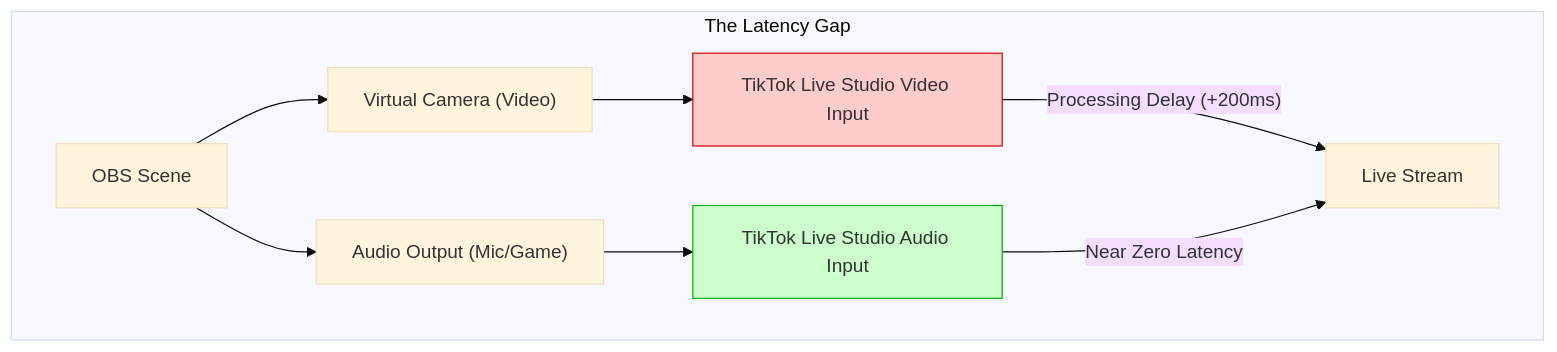
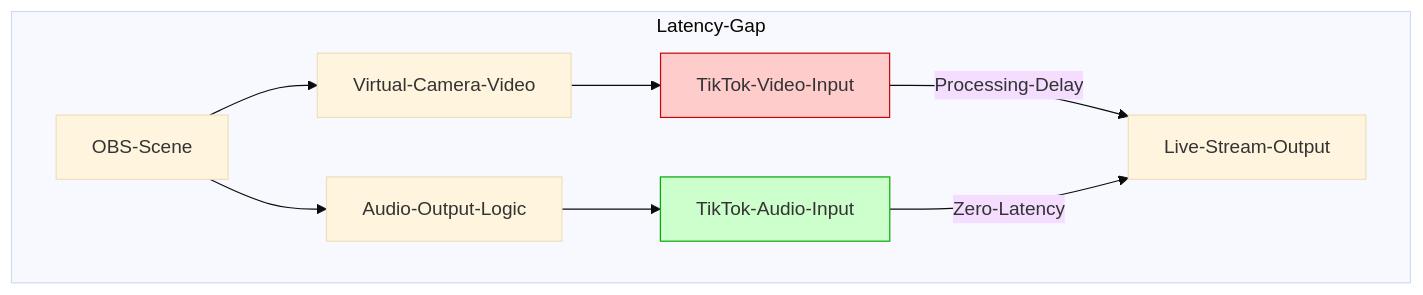
Before and after one commit to littl3-boat/ttwise: the diagram in data/blog/obs-audio-desync-tiktok-live-fix-2026.mdx, drawn with Mermaid (base theme). The commit also changed 6 other files, not shown here.

Commit message:
fix: resolve Mermaid syntax errors in recent blog posts

````diff
--- a/data/blog/obs-audio-desync-tiktok-live-fix-2026.mdx
+++ b/data/blog/obs-audio-desync-tiktok-live-fix-2026.mdx
@@ -27,16 +27,16 @@
 ```mermaid
-graph TD
-    subgraph "The Latency Gap"
-        A["OBS Scene"] --> B["Virtual Camera (Video)"]
-        A --> C["Audio Output (Mic/Game)"]
+flowchart TD
+    subgraph Latency-Gap
+        A[OBS-Scene] --> B[Virtual-Camera-Video]
+        A --> C[Audio-Output-Logic]
         
-        B --> D["TikTok Live Studio Video Input"]
-        C --> E["TikTok Live Studio Audio Input"]
+        B --> D[TikTok-Video-Input]
+        C --> E[TikTok-Audio-Input]
         
-        D -- "Processing Delay (+200ms)" --> F["Live Stream"]
-        E -- "Near Zero Latency" --> F
+        D -- Processing-Delay --> F[Live-Stream-Output]
+        E -- Zero-Latency --> F
     end
     
     style D fill:#ffcccc,stroke:#cc0000
     style E fill:#ccffcc,stroke:#00aa00
 ```
````
